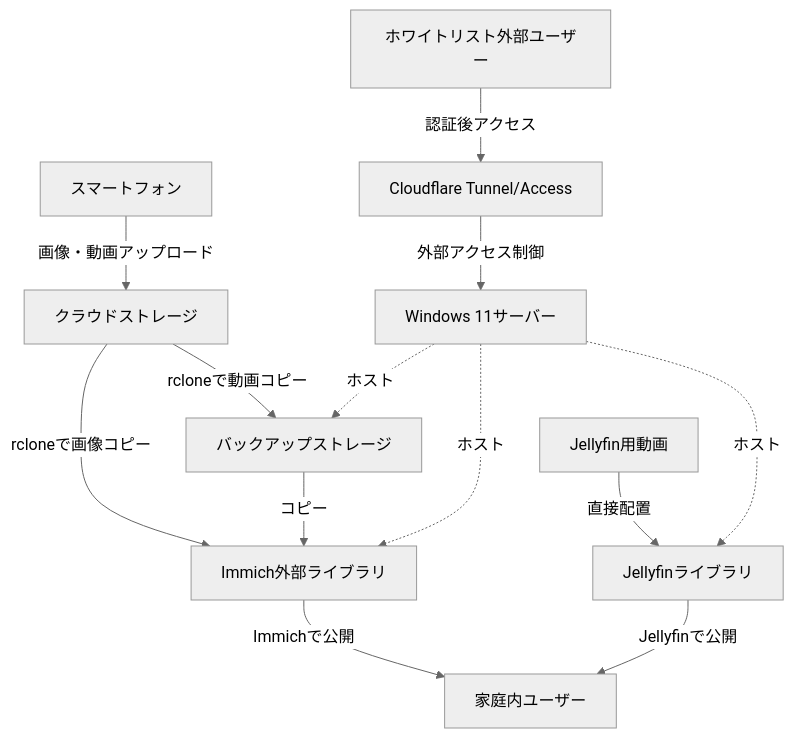
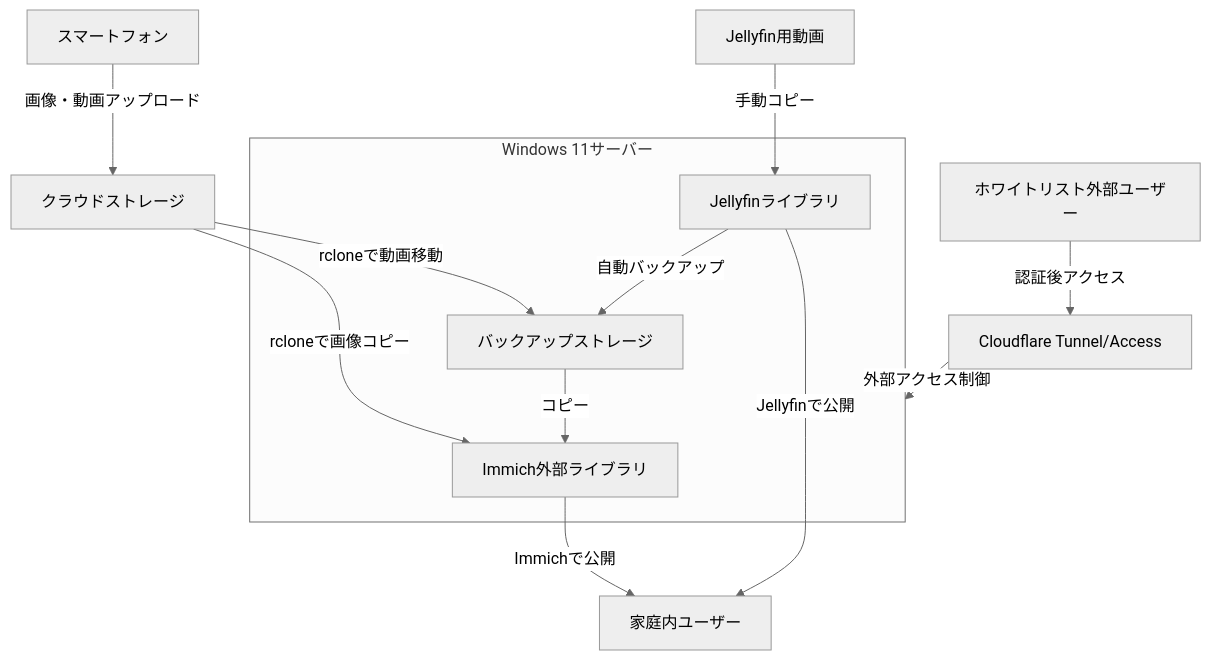
Before and after one commit to nuitsjp/ManageMediaServer: the first of 2 diagrams in README.md, drawn with Mermaid (neutral theme). The commit also changed other lines of this file, not shown here.

Commit message:
README.mdのMermaid図を修正し、Jellyfin用動画の運用フローを明確化。今後の課題を追加。

````diff
--- a/README.md
+++ b/README.md
@@ -21,16 +21,18 @@
 ```mermaid
 flowchart TD
     A[スマートフォン] -- 画像・動画アップロード --> B[クラウドストレージ]
     B -- rcloneで画像コピー --> C[Immich外部ライブラリ]
-    B -- rcloneで動画コピー --> D[バックアップストレージ]
+    B -- rcloneで動画移動 --> D[バックアップストレージ]
+    F[Jellyfin用動画] -- 手動コピー --> G[Jellyfinライブラリ]
+    G -- 自動バックアップ --> D
     D -- コピー --> C
     C -- Immichで公開 --> E[家庭内ユーザー]
-    F[Jellyfin用動画] -- 直接配置 --> G[Jellyfinライブラリ]
     G -- Jellyfinで公開 --> E
-    H[Windows 11サーバー]
-    H -. ホスト .-> C
-    H -. ホスト .-> D
-    H -. ホスト .-> G
+    subgraph H[Windows 11サーバー]
+        C
+        D
+        G
+    end
     I[Cloudflare Tunnel/Access] -- 外部アクセス制御 --> H
     J[ホワイトリスト外部ユーザー] -- 認証後アクセス --> I
 ```
````
